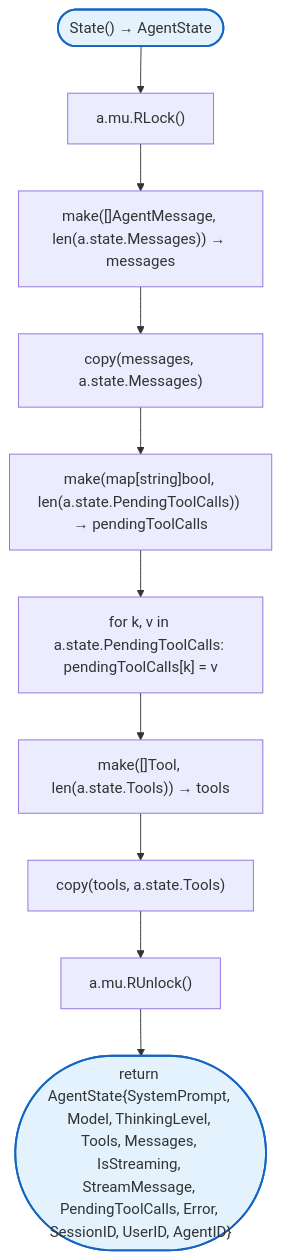
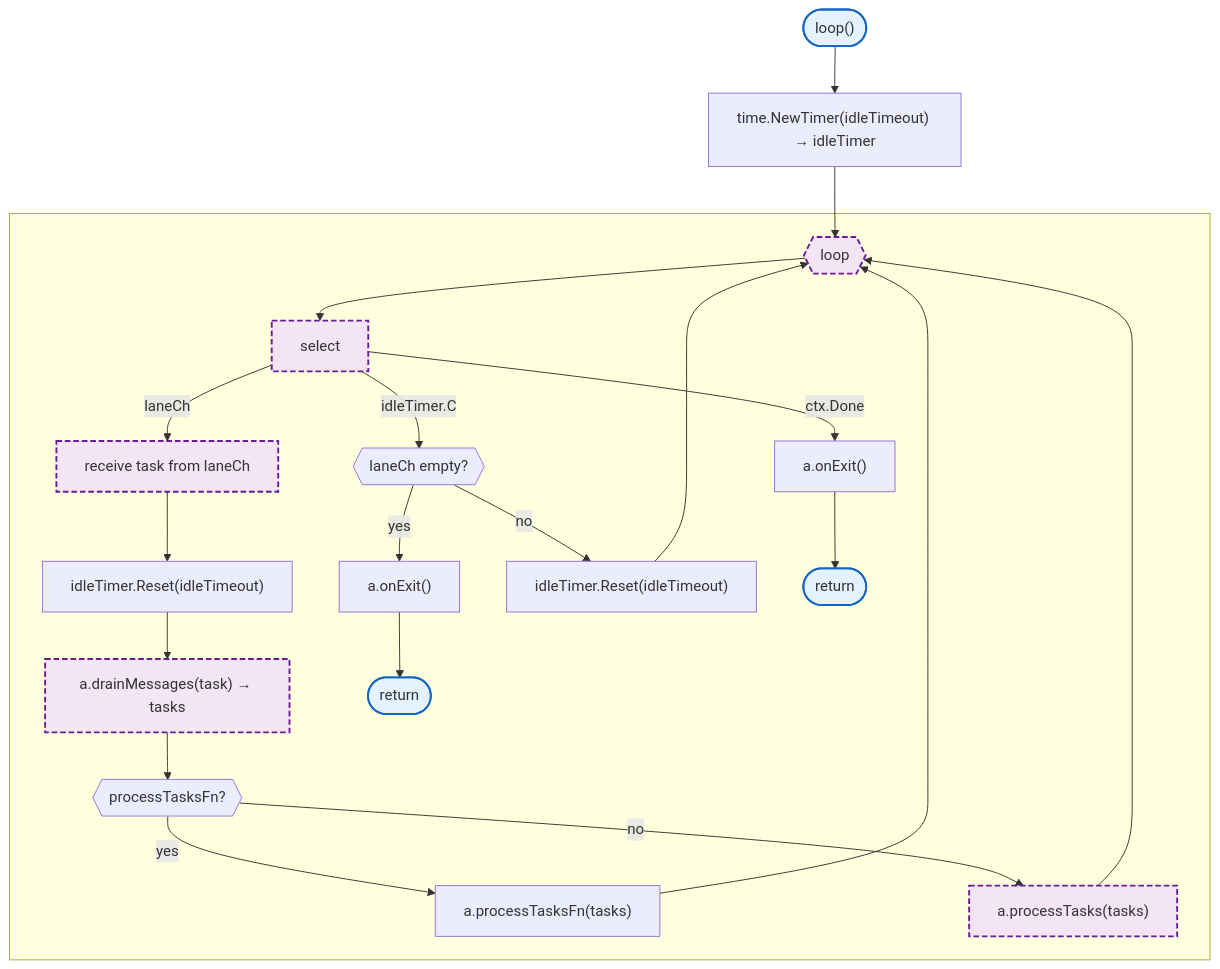
Before and after one commit to radch-ai/ava: the fourth of 7 diagrams in docs/internal/agent/README.md, drawn with Mermaid. The commit also changed other lines of this file and 38 other files, not shown here.

````diff
--- a/docs/internal/agent/README.md
+++ b/docs/internal/agent/README.md
@@ -114,16 +114,32 @@
 ```mermaid
 flowchart TB
-    Start(["State() → AgentState"]) --> Lock["a.mu.RLock()"]
-    Lock --> CopyMsgs["make([]AgentMessage, len(a.state.Messages)) → messages"]
-    CopyMsgs --> CopyMsgData["copy(messages, a.state.Messages)"]
-    CopyMsgData --> CopyPending["make(map[string]bool, len(a.state.PendingToolCalls)) → pendingToolCalls"]
-    CopyPending --> CopyPendingLoop["for k, v in a.state.PendingToolCalls: pendingToolCalls[k] = v"]
-    CopyPendingLoop --> CopyTools["make([]Tool, len(a.state.Tools)) → tools"]
-    CopyTools --> CopyToolsData["copy(tools, a.state.Tools)"]
-    CopyToolsData --> Unlock["a.mu.RUnlock()"]
-    Unlock --> Return(["return AgentState{SystemPrompt, Model, ThinkingLevel, Tools, Messages, IsStreaming, StreamMessage, PendingToolCalls, Error, SessionID, UserID, AgentID}"])
+    Start(["loop()"]) --> NewTimer["time.NewTimer(idleTimeout) → idleTimer"]
+    NewTimer --> LoopStart{{"loop"}}
+
+    subgraph SGLoop [" "]
+        LoopStart --> Select["select"]
+        Select -->|laneCh| ReceiveTask["receive task from laneCh"]
+        ReceiveTask --> ResetTimer["idleTimer.Reset(idleTimeout)"]
+        ResetTimer --> DrainMsgs["a.drainMessages(task) → tasks"]
+        DrainMsgs --> CheckFn{{"processTasksFn?"}}
+        CheckFn -->|yes| CallFn["a.processTasksFn(tasks)"]
+        CheckFn -->|no| ProcessTasks["a.processTasks(tasks)"]
+        CallFn --> LoopStart
+        ProcessTasks --> LoopStart
+
+        Select -->|idleTimer.C| CheckQueue{{"laneCh empty?"}}
+        CheckQueue -->|yes| CallExit["a.onExit()"]
+        CallExit --> Return(["return"])
+        CheckQueue -->|no| ResetTimer2["idleTimer.Reset(idleTimeout)"]
+        ResetTimer2 --> LoopStart
+
+        Select -->|ctx.Done| CallExit2["a.onExit()"]
+        CallExit2 --> Return2(["return"])
+    end
 
     classDef mainFn fill:#e3f2fd,stroke:#1565c0,stroke-width:2px
+    classDef internalFn fill:#f3e5f5,stroke:#6a1b9a,stroke-width:2px,stroke-dasharray:6 3
 
-    class Start,Return mainFn
+    class Start,Return,Return2 mainFn
+    class LoopStart,Select,ReceiveTask,DrainMsgs,ProcessTasks internalFn
 ```
````
